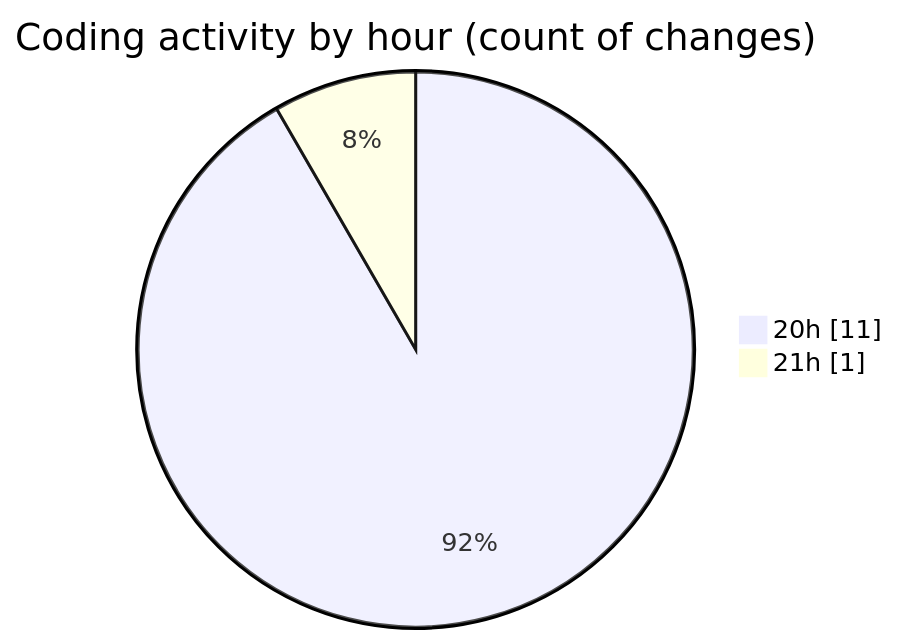
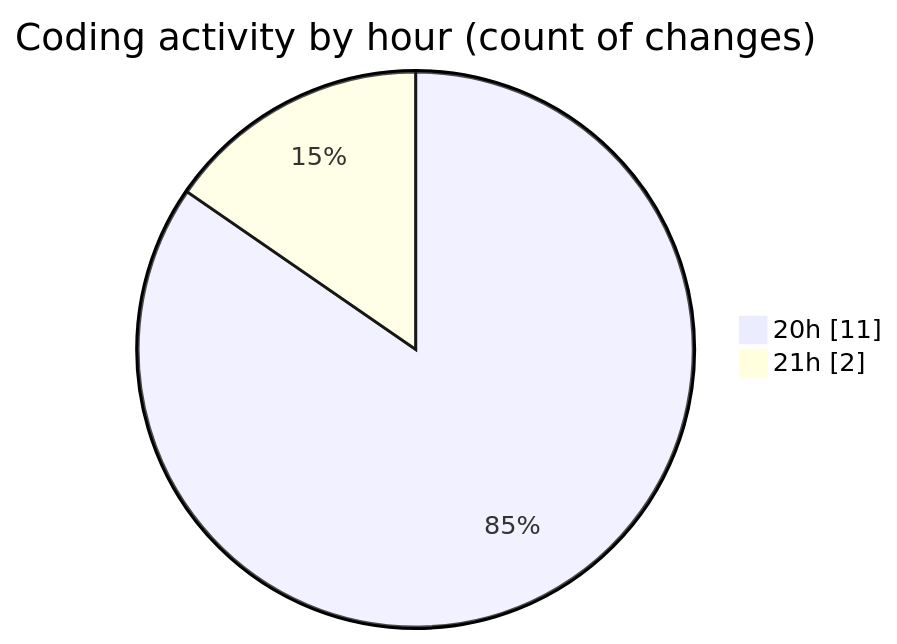
Before and after one commit to idhammustaqopulfikri/code-tracking: the second of 2 diagrams in 2025-04-10/test/README.md, drawn with Mermaid. The commit also changed other lines of this file and 1 other file, not shown here.

````diff
--- a/2025-04-10/test/README.md
+++ b/2025-04-10/test/README.md
@@ -36,6 +37,6 @@
 ```mermaid
 pie showData
 title Coding activity by hour (count of changes)
 "20h" : 11
-"21h" : 1
+"21h" : 2
 ```
````
